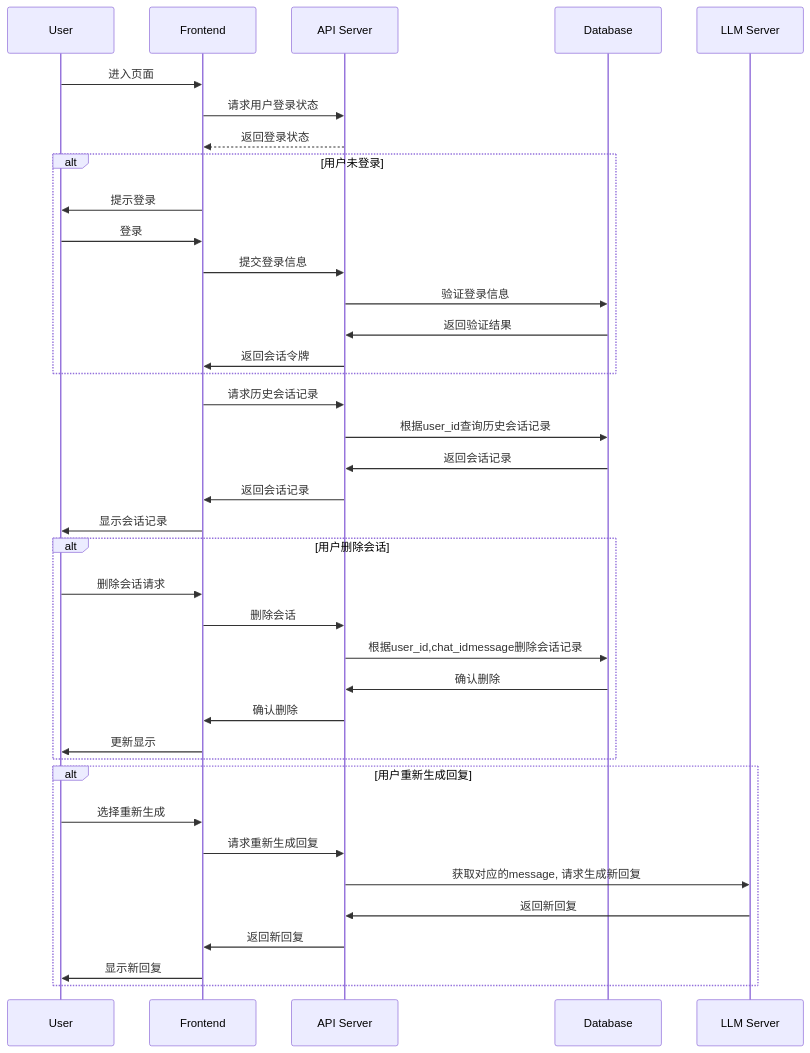
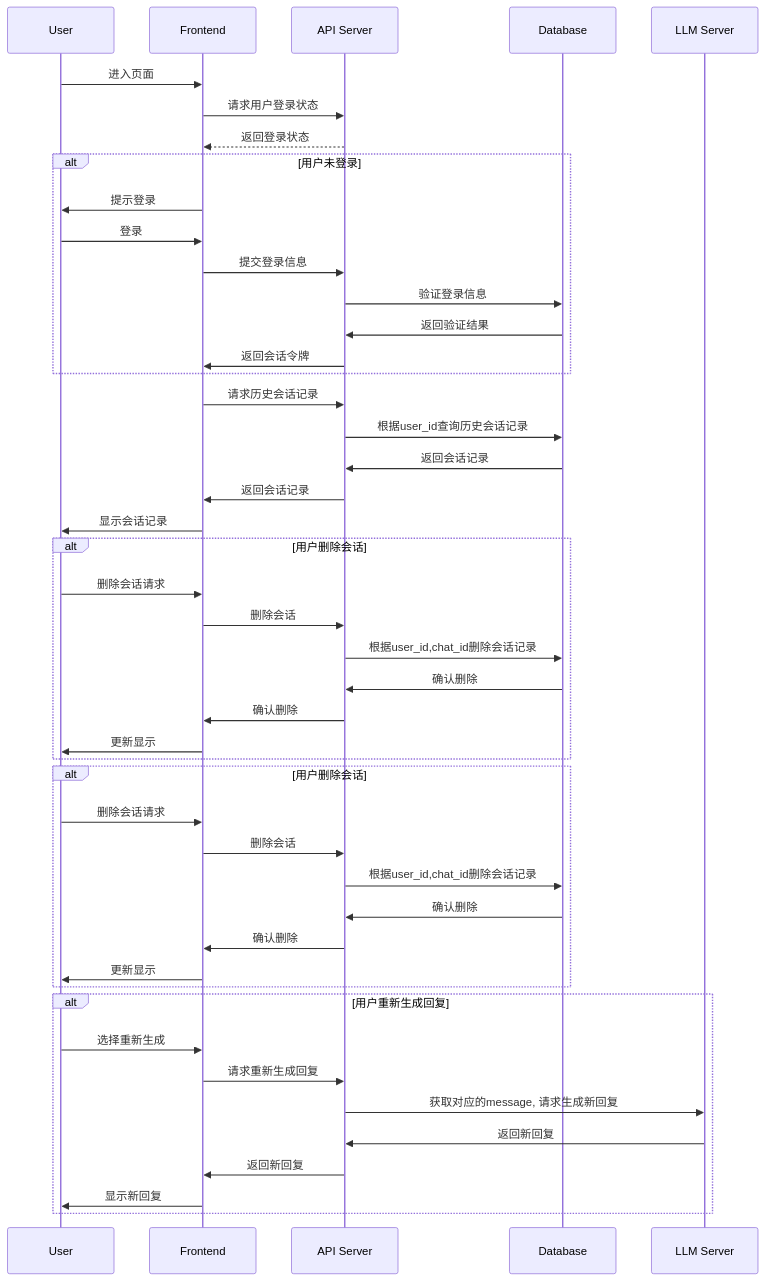
The diagram in all/未命名-7.md (yingjianzh/iodraw-files), drawn with Mermaid before and after one commit.

Commit message:
2024-10-09 09:46:36 update

````diff
--- a/all/未命名-7.md
+++ b/all/未命名-7.md
@@ -1,45 +1,54 @@
 ```mermaid
 sequenceDiagram
     participant User
     participant Frontend
     participant API Server
     participant Database
 
 
     User->>Frontend: 进入页面
     Frontend->>API Server: 请求用户登录状态
     API Server-->>Frontend: 返回登录状态
     alt 用户未登录
         Frontend->>User: 提示登录
         User->>Frontend: 登录
         Frontend->>API Server: 提交登录信息
         API Server->>Database: 验证登录信息
         Database->>API Server: 返回验证结果
         API Server->>Frontend: 返回会话令牌
     end
 
     Frontend->>API Server: 请求历史会话记录
     API Server->>Database: 根据user_id查询历史会话记录
     Database->>API Server: 返回会话记录
     API Server->>Frontend: 返回会话记录
     Frontend->>User: 显示会话记录
 
     alt 用户删除会话
         User->>Frontend: 删除会话请求
         Frontend->>API Server: 删除会话
-        API Server->>Database: 根据user_id,chat_idmessage删除会话记录
+        API Server->>Database: 根据user_id,chat_id删除会话记录
+        Database->>API Server: 确认删除
+        API Server->>Frontend: 确认删除
+        Frontend->>User: 更新显示
+    end
+
+    alt 用户删除会话
+        User->>Frontend: 删除会话请求
+        Frontend->>API Server: 删除会话
+        API Server->>Database: 根据user_id,chat_id删除会话记录
         Database->>API Server: 确认删除
         API Server->>Frontend: 确认删除
         Frontend->>User: 更新显示
     end
 
     alt 用户重新生成回复
         User->>Frontend: 选择重新生成
         Frontend->>API Server: 请求重新生成回复
         API Server->>LLM Server: 获取对应的message, 请求生成新回复
         LLM Server->>API Server: 返回新回复
         API Server->>Frontend: 返回新回复
         Frontend->>User: 显示新回复
     end
 
 ```
````
